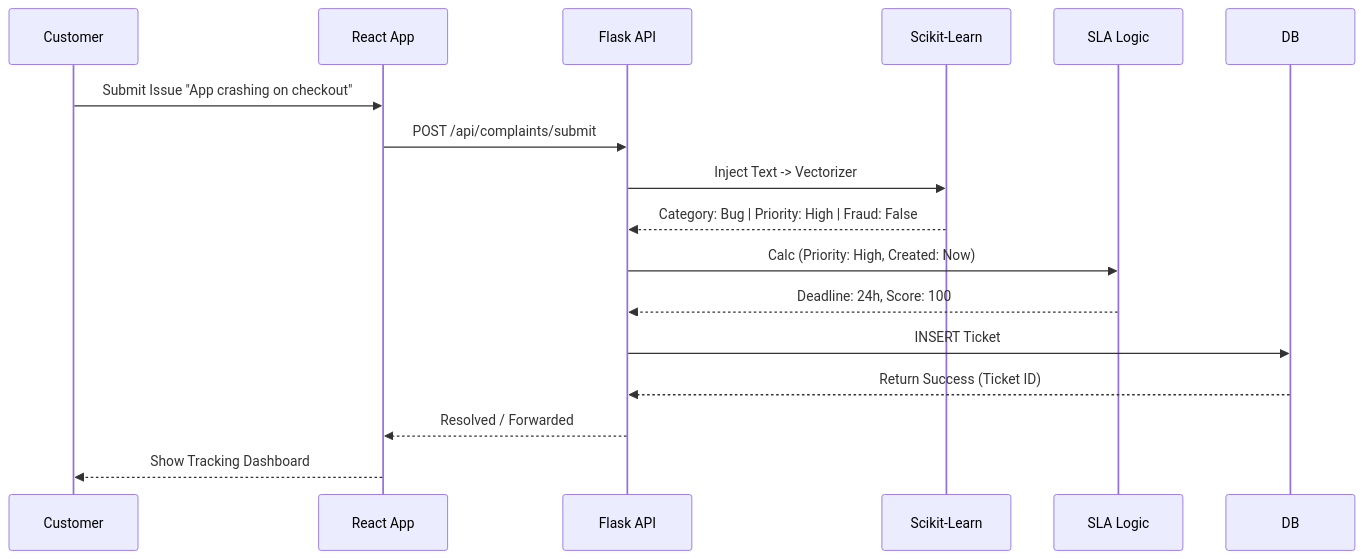
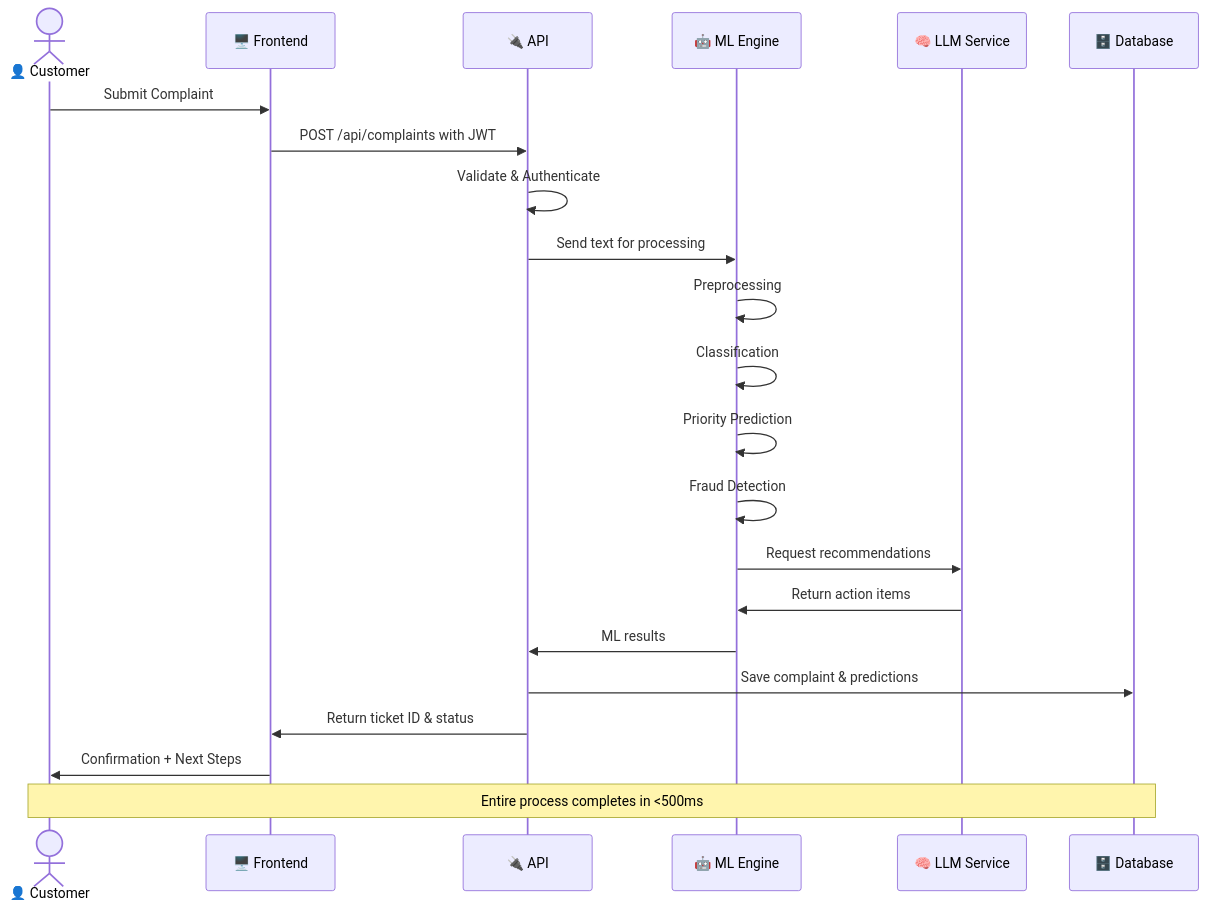
The third of 3 diagrams in README.md (HetLimbani-learnerboy/ResolveX), drawn with Mermaid before and after one commit. The commit also changed other lines of this file and 3 other files, not shown here.

````diff
--- a/README.md
+++ b/README.md
@@ -114,20 +235,26 @@
 ```mermaid
 sequenceDiagram
-    participant Customer
-    participant React App
-    participant Flask API
-    participant Scikit-Learn
-    participant SLA Logic
-    participant DB
+    actor Customer as 👤 Customer
+    participant Frontend as 🖥️ Frontend
+    participant API as 🔌 API
+    participant ML as 🤖 ML Engine
+    participant LLM as 🧠 LLM Service
+    participant DB as 🗄️ Database
 
-    Customer->>React App: Submit Issue "App crashing on checkout"
-    React App->>Flask API: POST /api/complaints/submit
-    Flask API->>Scikit-Learn: Inject Text -> Vectorizer
-    Scikit-Learn-->>Flask API: Category: Bug | Priority: High | Fraud: False
-    Flask API->>SLA Logic: Calc (Priority: High, Created: Now)
-    SLA Logic-->>Flask API: Deadline: 24h, Score: 100
-    Flask API->>DB: INSERT Ticket
-    DB-->>Flask API: Return Success (Ticket ID)
-    Flask API-->>React App: Resolved / Forwarded
-    React App-->>Customer: Show Tracking Dashboard
+    Customer->>Frontend: Submit Complaint
+    Frontend->>API: POST /api/complaints with JWT
+    API->>API: Validate & Authenticate
+    API->>ML: Send text for processing
+    ML->>ML: Preprocessing
+    ML->>ML: Classification
+    ML->>ML: Priority Prediction
+    ML->>ML: Fraud Detection
+    ML->>LLM: Request recommendations
+    LLM->>ML: Return action items
+    ML->>API: ML results
+    API->>DB: Save complaint & predictions
+    API->>Frontend: Return ticket ID & status
+    Frontend->>Customer: Confirmation + Next Steps
+
+    Note over Customer,DB: Entire process completes in <500ms
 ```
````
